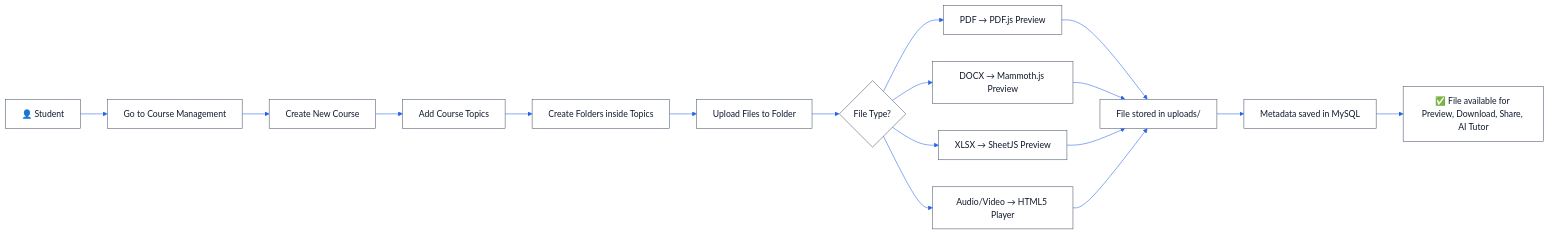
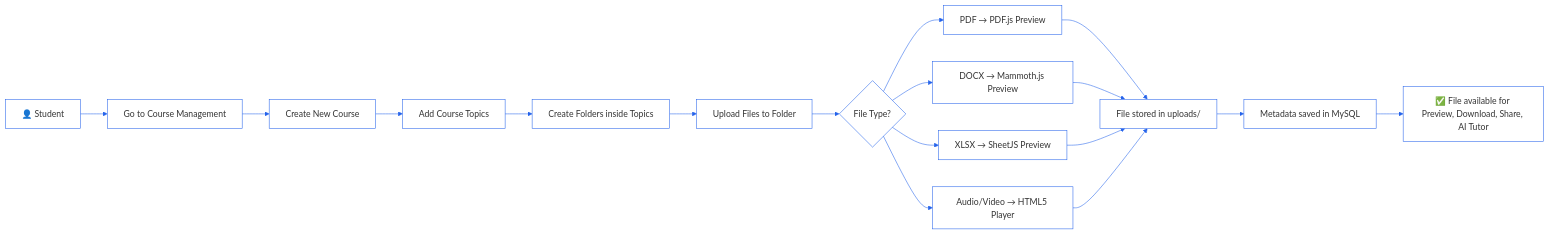
Before and after one commit to kkamranhhasan/NoteNest_AI: the fifth of 6 diagrams in README.md, drawn with Mermaid. The commit also changed other lines of this file, not shown here.

Commit message:
docs: apply high-contrast light theme to all sequence, flowchart, and ER mermaid diagrams

````diff
--- a/README.md
+++ b/README.md
@@ -731,38 +708,32 @@
 ```mermaid
 %%{init: {
-  'theme': 'base',
+  'theme': 'default',
   'themeVariables': {
+    'darkMode': false,
     'background': '#ffffff',
     'mainBkg': '#ffffff',
-    'secondBkg': '#ffffff',
+    'nodeBorder': '#2563eb',
     'primaryColor': '#ffffff',
     'primaryTextColor': '#0f172a',
-    'primaryBorderColor': '#64748b',
+    'primaryBorderColor': '#2563eb',
     'lineColor': '#2563eb',
-    'secondaryColor': '#f8fafc',
-    'tertiaryColor': '#f1f5f9',
-    'nodeBorder': '#475569',
-    'clusterBkg': '#ffffff',
-    'clusterBorder': '#cbd5e1',
-    'titleColor': '#0f172a',
-    'edgeLabelBackground': '#ffffff',
-    'attributeBackgroundColorEven': '#f8fafc',
-    'attributeBackgroundColorOdd': '#ffffff',
-    'fontFamily': 'sans-serif'
+    'clusterBkg': '#f8fafc',
+    'clusterBorder': '#94a3b8',
+    'edgeLabelBackground': '#ffffff'
   }
 }}%%
 flowchart LR
     A[👤 Student] --> B[Go to Course Management]
     B --> C[Create New Course]
     C --> D[Add Course Topics]
     D --> E[Create Folders inside Topics]
     E --> F[Upload Files to Folder]
     F --> G{File Type?}
     G --> H[PDF → PDF.js Preview]
     G --> I[DOCX → Mammoth.js Preview]
     G --> J[XLSX → SheetJS Preview]
     G --> K[Audio/Video → HTML5 Player]
     H & I & J & K --> L[File stored in uploads/]
     L --> M[Metadata saved in MySQL]
     M --> N[✅ File available for Preview, Download, Share, AI Tutor]
 ```
````
